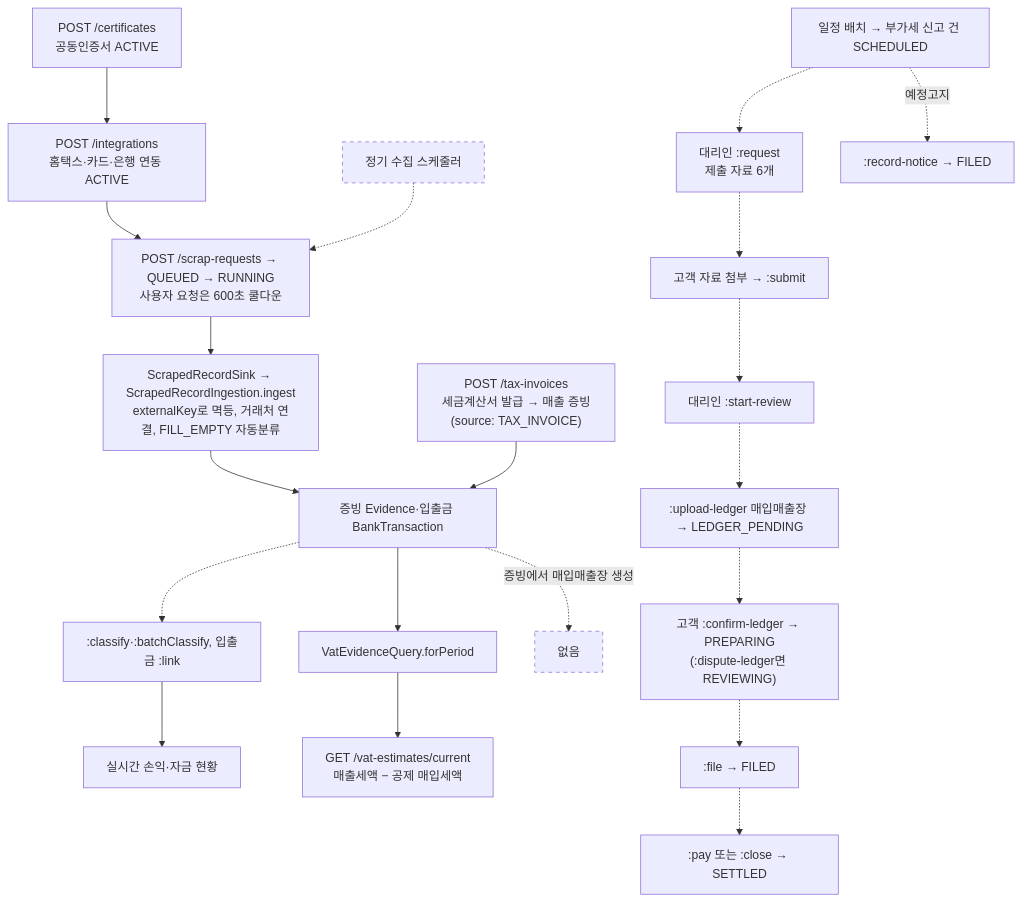
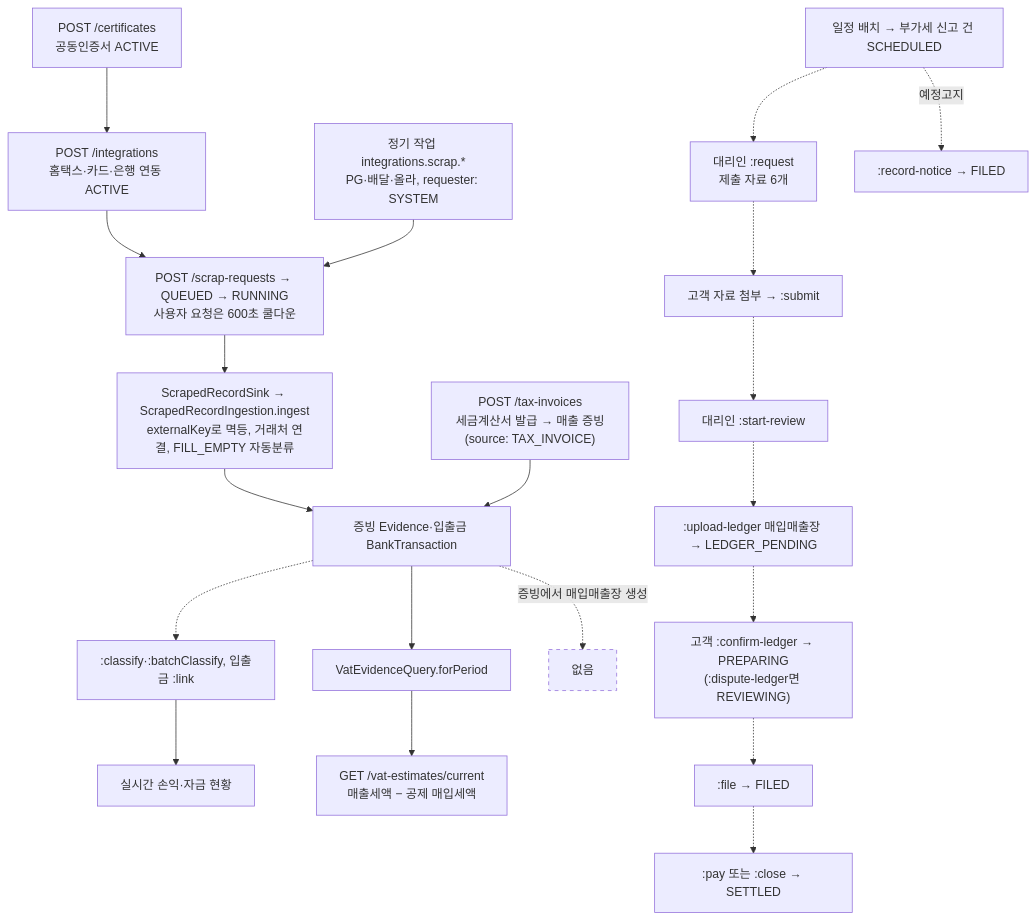
Before and after one commit to cbcruk/semu: the third of 3 diagrams in docs/design/lifecycles.md, drawn with Mermaid. The commit also changed other lines of this file and 11 other files, not shown here.

````diff
--- a/docs/design/lifecycles.md
+++ b/docs/design/lifecycles.md
@@ -126,24 +126,24 @@
 ```mermaid
 flowchart TD
   cert["POST /certificates<br/>공동인증서 ACTIVE"] --> integ["POST /integrations<br/>홈택스·카드·은행 연동 ACTIVE"]
   integ --> scrap["POST /scrap-requests → QUEUED → RUNNING<br/>사용자 요청은 600초 쿨다운"]
-  cron["정기 수집 스케줄러"]:::todo -.-> scrap
+  cron["정기 작업 integrations.scrap.*<br/>PG·배달·올라, requester: SYSTEM"] --> scrap
   scrap --> ingest["ScrapedRecordSink → ScrapedRecordIngestion.ingest<br/>externalKey로 멱등, 거래처 연결, FILL_EMPTY 자동분류"]
   issue["POST /tax-invoices<br/>세금계산서 발급 → 매출 증빙(source: TAX_INVOICE)"] --> evidence
   ingest --> evidence["증빙 Evidence·입출금 BankTransaction"]
   evidence -.-> classify[":classify·:batchClassify, 입출금 :link"]
   classify --> reports["실시간 손익·자금 현황"]
   evidence --> vatq["VatEvidenceQuery.forPeriod"]
   vatq --> estimate["GET /vat-estimates/current<br/>매출세액 − 공제 매입세액"]
   sched["일정 배치 → 부가세 신고 건 SCHEDULED"] -.-> request["대리인 :request<br/>제출 자료 6개"]
   request -.-> submit["고객 자료 첨부 → :submit"]
   submit -.-> review["대리인 :start-review"]
   review -.-> ledger[":upload-ledger 매입매출장 → LEDGER_PENDING"]
   ledger -.-> confirm["고객 :confirm-ledger → PREPARING<br/>(:dispute-ledger면 REVIEWING)"]
   confirm -.-> file[":file → FILED"]
   file -.-> pay[":pay 또는 :close → SETTLED"]
   sched -. "예정고지" .-> notice[":record-notice → FILED"]
   evidence -. "증빙에서 매입매출장 생성" .-> ledger2["없음"]:::todo
   classDef todo stroke-dasharray: 5 5
   classDef open stroke-width: 3px
 ```
````
